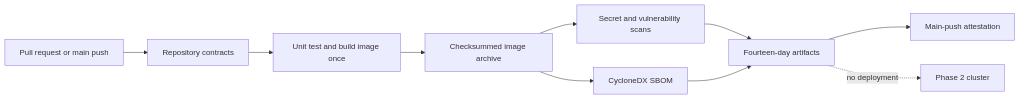
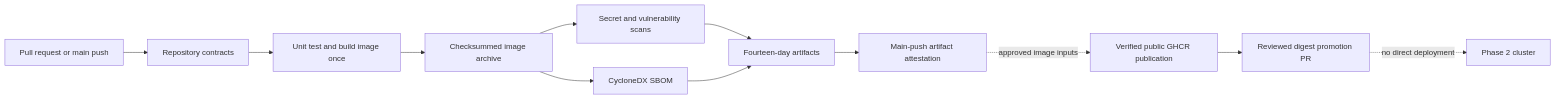
The diagram in docs/architecture/continuous-integration.md (Rano1000/platform-engineering-lab), drawn with Mermaid before and after one commit. The commit also changed other lines of this file and 50 other files, not shown here.

````diff
--- a/docs/architecture/continuous-integration.md
+++ b/docs/architecture/continuous-integration.md
@@ -7,12 +7,14 @@
 ```mermaid
 flowchart LR
     Change[Pull request or main push] --> Contracts[Repository contracts]
     Contracts --> Build[Unit test and build image once]
     Build --> Archive[Checksummed image archive]
     Archive --> Supply[Secret and vulnerability scans]
     Archive --> SBOM[CycloneDX SBOM]
     Supply --> Reports[Fourteen-day artifacts]
     SBOM --> Reports
-    Reports --> Attest[Main-push attestation]
-    Reports -. no deployment .-> Cluster[Phase 2 cluster]
+    Reports --> Attest[Main-push artifact attestation]
+    Attest -. approved image inputs .-> Publish[Verified public GHCR publication]
+    Publish --> Promote[Reviewed digest promotion PR]
+    Promote -. no direct deployment .-> Cluster[Phase 2 cluster]
 ```
````
